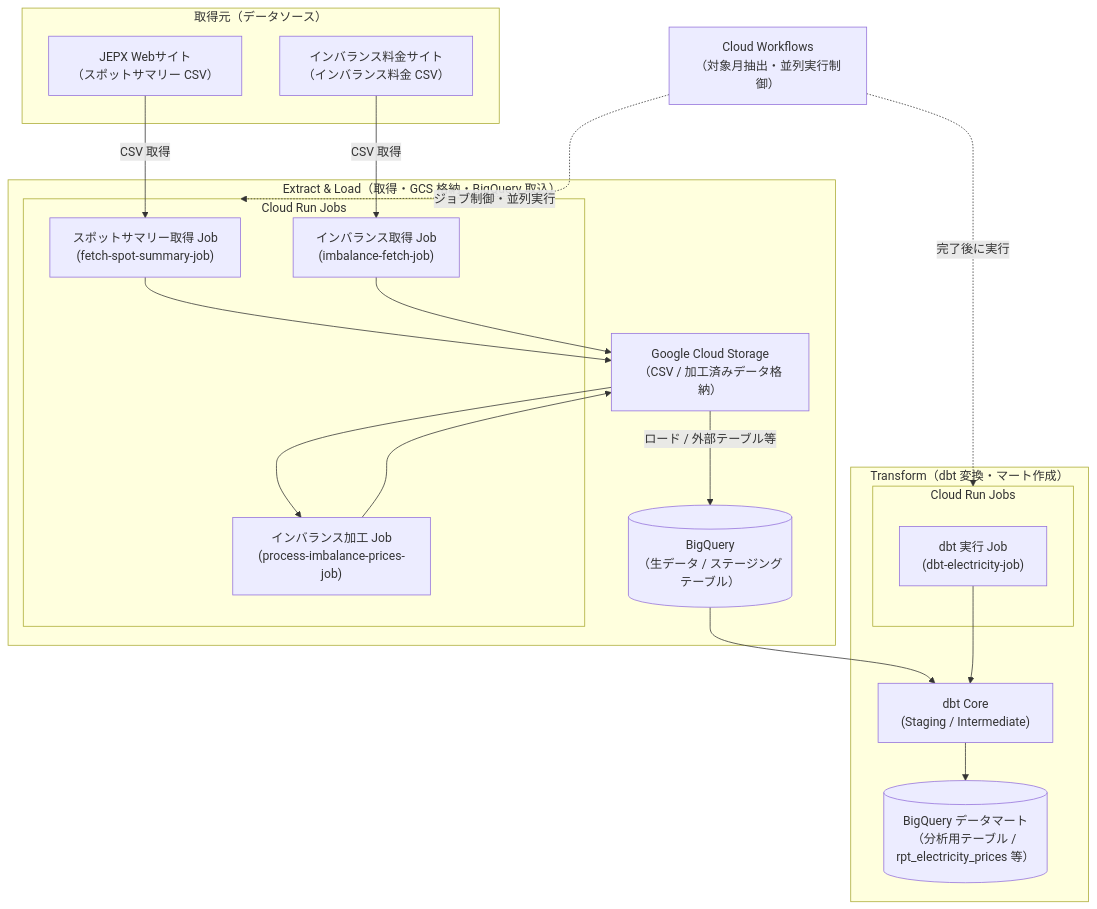
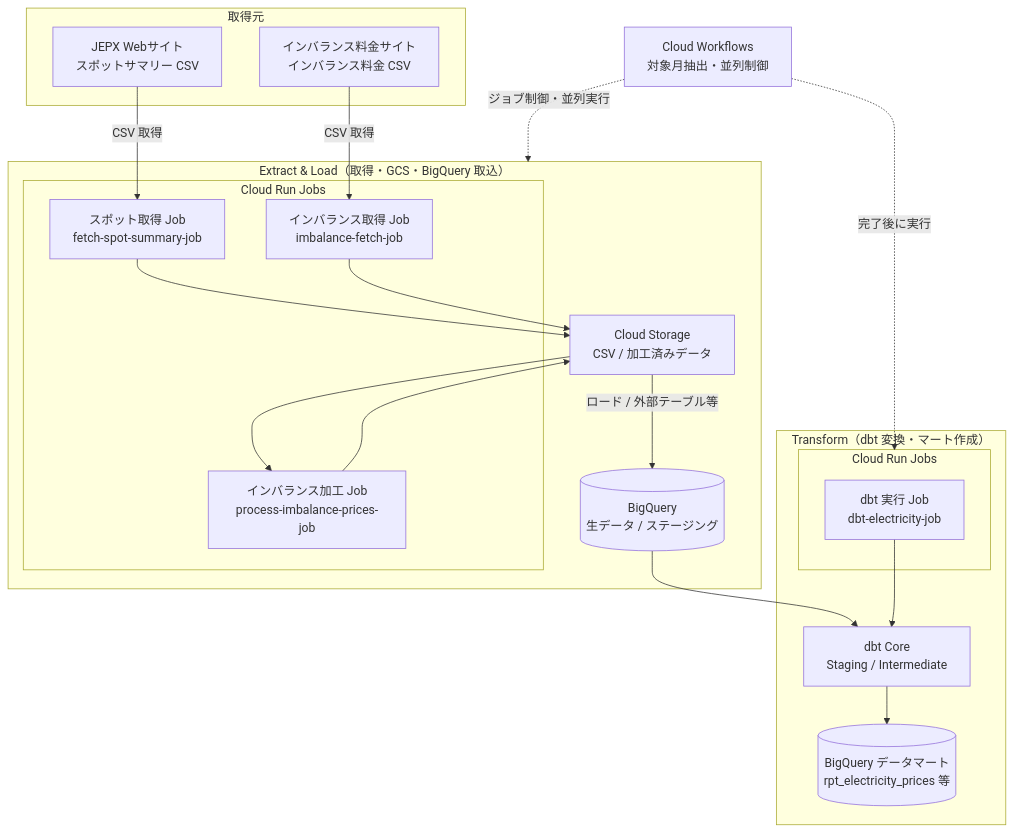
Before and after one commit to elenmikasa/gcp-data-pipeline: the diagram in README.md, drawn with Mermaid.

Commit message:
READMEの微調整

````diff
--- a/README.md
+++ b/README.md
@@ -9,44 +9,44 @@
 ```mermaid
 flowchart TB
-    subgraph Sources["取得元（データソース）"]
-        JEPXWeb["JEPX Webサイト<br/>（スポットサマリー CSV）"]
-        ImbSite["インバランス料金サイト<br/>（インバランス料金 CSV）"]
+    subgraph Sources["取得元"]
+        JEPXWeb["JEPX Webサイト<br/>スポットサマリー CSV"]
+        ImbSite["インバランス料金サイト<br/>インバランス料金 CSV"]
     end
 
-    WF["Cloud Workflows<br/>（対象月抽出・並列実行制御）"]
+    WF["Cloud Workflows<br/>対象月抽出・並列制御"]
 
-    subgraph ExtractLoad["Extract & Load（取得・GCS 格納・BigQuery 取込）"]
+    subgraph ExtractLoad["Extract & Load（取得・GCS・BigQuery 取込）"]
         subgraph CloudRunJobs["Cloud Run Jobs"]
-            FetchSpot["スポットサマリー取得 Job<br/>(fetch-spot-summary-job)"]
-            FetchImb["インバランス取得 Job<br/>(imbalance-fetch-job)"]
-            ProcImb["インバランス加工 Job<br/>(process-imbalance-prices-job)"]
+            FetchSpot["スポット取得 Job<br/>fetch-spot-summary-job"]
+            FetchImb["インバランス取得 Job<br/>imbalance-fetch-job"]
+            ProcImb["インバランス加工 Job<br/>process-imbalance-prices-job"]
         end
-        GCS["Google Cloud Storage<br/>（CSV / 加工済みデータ格納）"]
-        BQRaw[("BigQuery<br/>（生データ / ステージングテーブル）")]
+        GCS["Cloud Storage<br/>CSV / 加工済みデータ"]
+        BQRaw[("BigQuery<br/>生データ / ステージング")]
     end
 
     subgraph Transform["Transform（dbt 変換・マート作成）"]
         subgraph CloudRunDbt["Cloud Run Jobs"]
-            DbtJob["dbt 実行 Job<br/>(dbt-electricity-job)"]
+            DbtJob["dbt 実行 Job<br/>dbt-electricity-job"]
         end
-        DbtModels["dbt Core<br/>(Staging / Intermediate)"]
-        BQMarts[("BigQuery データマート<br/>（分析用テーブル / rpt_electricity_prices 等）")]
+        DbtModels["dbt Core<br/>Staging / Intermediate"]
+        BQMarts[("BigQuery データマート<br/>rpt_electricity_prices 等")]
     end
 
     WF -.->|ジョブ制御・並列実行| CloudRunJobs
     WF -.->|完了後に実行| CloudRunDbt
 
     JEPXWeb -->|CSV 取得| FetchSpot
     ImbSite -->|CSV 取得| FetchImb
 
     FetchSpot --> GCS
     FetchImb --> GCS
     GCS --> ProcImb
     ProcImb --> GCS
 
     GCS -->|ロード / 外部テーブル等| BQRaw
 
     DbtJob --> DbtModels
     BQRaw --> DbtModels
     DbtModels --> BQMarts
 ```
````
